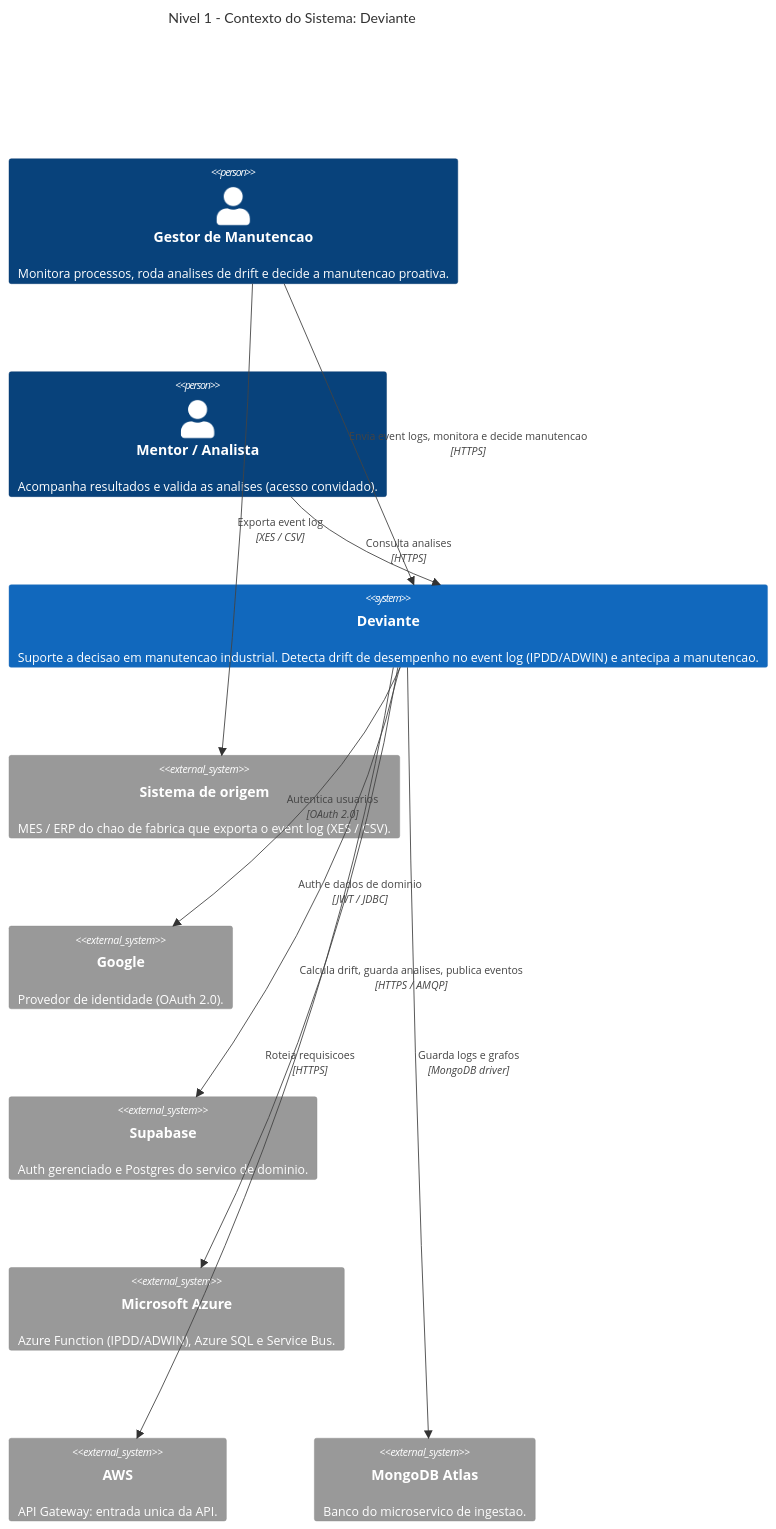
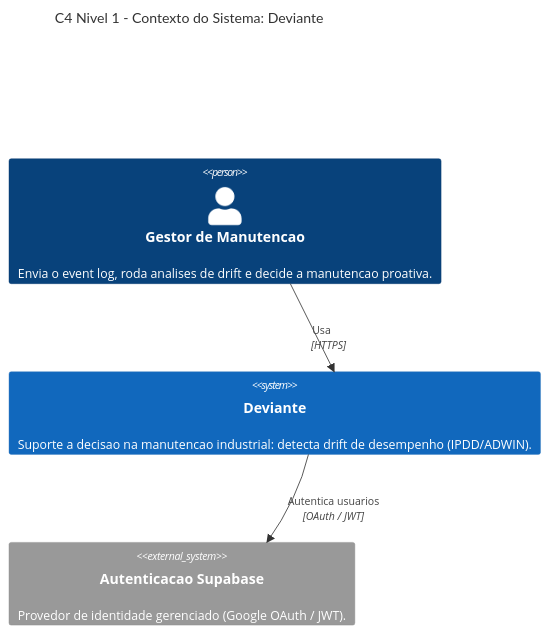
One commit to aland3r/deviante-docs changed the first of 10 diagrams in architecture/arc42.md. Above: the diagram before and after it, drawn with Mermaid. The commit also changed other lines of this file and 3 other files, not shown here.

````diff
--- a/architecture/arc42.md
+++ b/architecture/arc42.md
@@ -84,27 +153,13 @@
 ```mermaid
 C4Context
-    title Nivel 1 - Contexto do Sistema: Deviante
+    title C4 Nivel 1 - Contexto do Sistema: Deviante
 
-    Person(gestor, "Gestor de Manutencao", "Monitora processos, roda analises de drift e decide a manutencao proativa.")
-    Person(mentor, "Mentor / Analista", "Acompanha resultados e valida as analises (acesso convidado).")
+    Person(gestor, "Gestor de Manutencao", "Envia o event log, roda analises de drift e decide a manutencao proativa.")
+    System(deviante, "Deviante", "Suporte a decisao na manutencao industrial: detecta drift de desempenho (IPDD/ADWIN).")
+    System_Ext(auth, "Autenticacao Supabase", "Provedor de identidade gerenciado (Google OAuth / JWT).")
 
-    System(deviante, "Deviante", "Suporte a decisao em manutencao industrial. Detecta drift de desempenho no event log (IPDD/ADWIN) e antecipa a manutencao.")
+    Rel(gestor, deviante, "Usa", "HTTPS")
+    Rel(deviante, auth, "Autentica usuarios", "OAuth / JWT")
 
-    System_Ext(origem, "Sistema de origem", "MES / ERP do chao de fabrica que exporta o event log (XES / CSV).")
-    System_Ext(google, "Google", "Provedor de identidade (OAuth 2.0).")
-    System_Ext(supabase, "Supabase", "Auth gerenciado e Postgres do servico de dominio.")
-    System_Ext(azure, "Microsoft Azure", "Azure Function (IPDD/ADWIN), Azure SQL e Service Bus.")
-    System_Ext(aws, "AWS", "API Gateway: entrada unica da API.")
-    System_Ext(atlas, "MongoDB Atlas", "Banco do microservico de ingestao.")
-
-    Rel(gestor, deviante, "Envia event logs, monitora e decide manutencao", "HTTPS")
-    Rel(mentor, deviante, "Consulta analises", "HTTPS")
-    Rel(gestor, origem, "Exporta event log", "XES / CSV")
-    Rel(deviante, google, "Autentica usuarios", "OAuth 2.0")
-    Rel(deviante, supabase, "Auth e dados de dominio", "JWT / JDBC")
-    Rel(deviante, azure, "Calcula drift, guarda analises, publica eventos", "HTTPS / AMQP")
-    Rel(deviante, aws, "Roteia requisicoes", "HTTPS")
-    Rel(deviante, atlas, "Guarda logs e grafos", "MongoDB driver")
-
-    UpdateLayoutConfig($c4ShapeInRow="3", $c4BoundaryInRow="1")
+    UpdateLayoutConfig($c4ShapeInRow="1", $c4BoundaryInRow="1")
 ```
````
